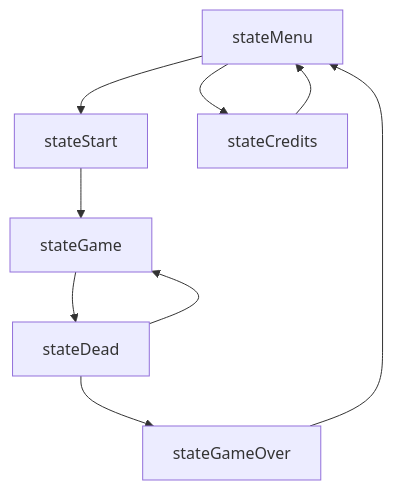
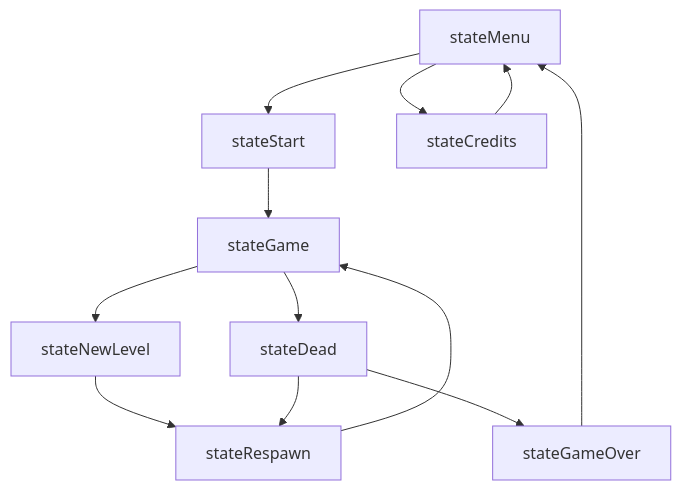
Before and after one commit to stuartbnicholson/lonefury: the diagram in README.md, drawn with Mermaid. The commit also changed 10 other files, not shown here.

```diff
--- a/README.md
+++ b/README.md
@@ -27,11 +27,14 @@
 ::: mermaid
 graph TD;
     stateMenu-->stateStart;
     stateMenu-->stateCredits;
     stateCredits-->stateMenu;
     stateStart-->stateGame;
+    stateGame-->stateNewLevel;
+    stateNewLevel-->stateRespawn;
     stateGame-->stateDead;
-    stateDead-->stateGame;
+    stateDead-->stateRespawn;
+    stateRespawn-->stateGame;
     stateDead-->stateGameOver;
     stateGameOver-->stateMenu;
 :::
```
